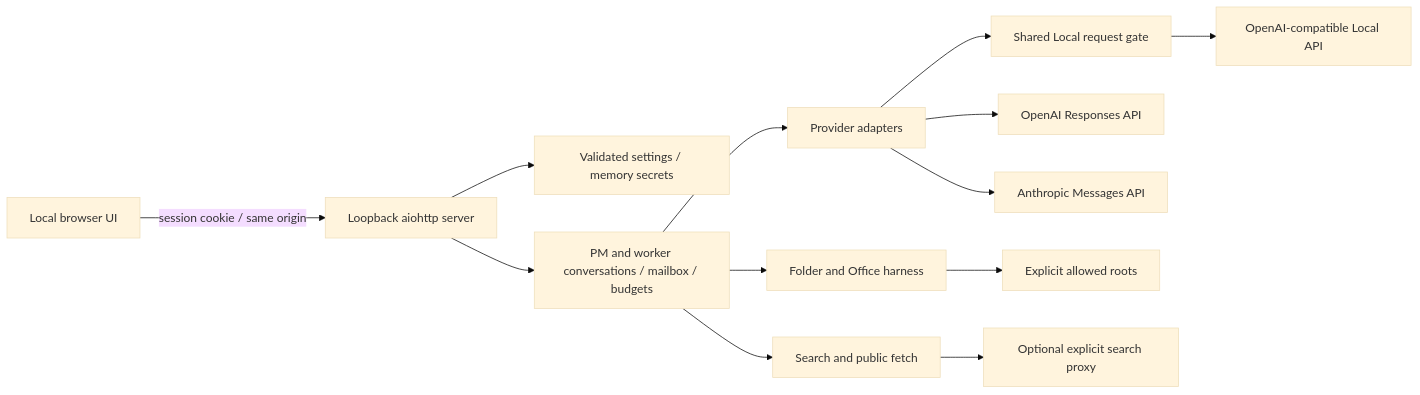
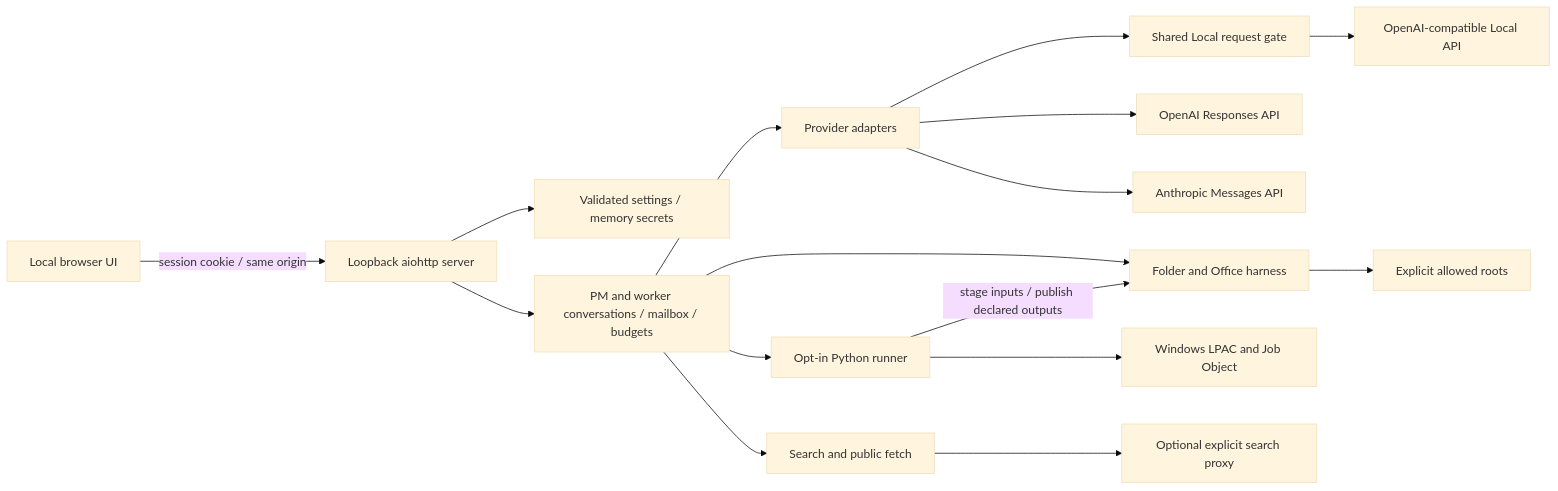
One commit to tyama-ds/agent-workbench changed the diagram in docs/ARCHITECTURE.md. Above: the diagram before and after it, drawn with Mermaid (base theme). The commit also changed other lines of this file and 25 other files, not shown here.

````diff
--- a/docs/ARCHITECTURE.md
+++ b/docs/ARCHITECTURE.md
@@ -3,15 +3,18 @@
 ```mermaid
 flowchart LR
   UI[Local browser UI] -->|session cookie / same origin| Server[Loopback aiohttp server]
   Server --> Settings[Validated settings / memory secrets]
   Server --> Engine[PM and worker conversations / mailbox / budgets]
   Engine --> Adapter[Provider adapters]
   Adapter --> Gate[Shared Local request gate]
   Gate --> Local[OpenAI-compatible Local API]
   Adapter --> OpenAI[OpenAI Responses API]
   Adapter --> Anthropic[Anthropic Messages API]
   Engine --> Harness[Folder and Office harness]
   Harness --> Files[Explicit allowed roots]
+  Engine --> Python[Opt-in Python runner]
+  Python --> Sandbox[Windows LPAC and Job Object]
+  Python -->|stage inputs / publish declared outputs| Harness
   Engine --> Web[Search and public fetch]
   Web --> Proxy[Optional explicit search proxy]
 ```
````
